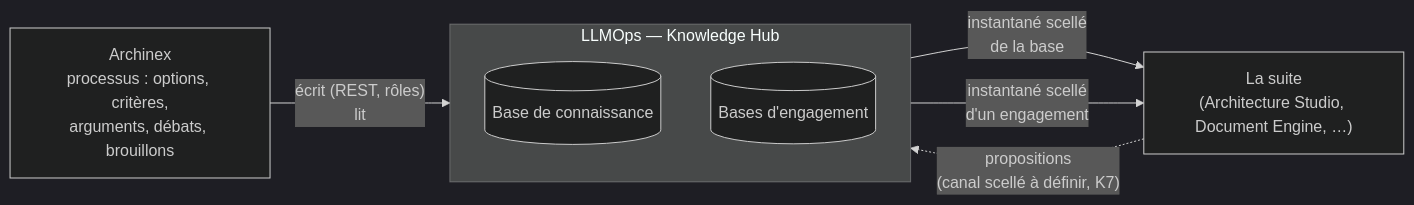
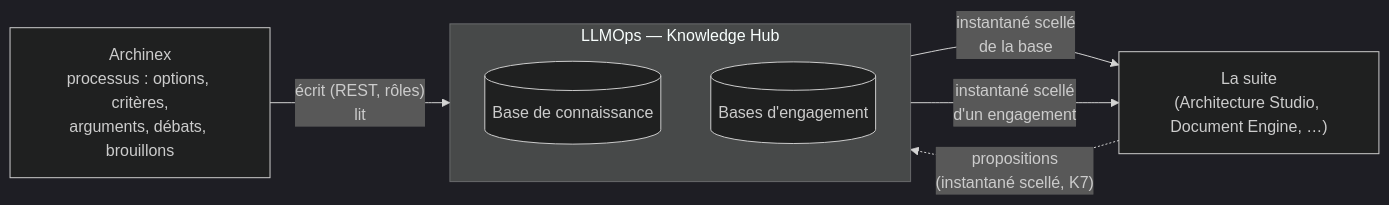
The fourth of 4 diagrams in docs/ARCHITECTURE-LLMOps.md (MauriceIsrael/LLMOps), drawn with Mermaid (dark theme) before and after one commit. The commit also changed other lines of this file and 21 other files, not shown here.

First line of the commit message:
feat(kb): contrat 1.33 — canal de propositions suite → Hub par instantané scellé (K7, closes #44)

````diff
--- a/docs/ARCHITECTURE-LLMOps.md
+++ b/docs/ARCHITECTURE-LLMOps.md
@@ -259,11 +259,11 @@
 ```mermaid
 flowchart LR
   ARX["Archinex\nprocessus : options, critères,\narguments, débats, brouillons"] -- "écrit (REST, rôles)\nlit" --> HUB
   subgraph HUB["LLMOps — Knowledge Hub"]
     KB[(Base de connaissance)]
     EN[(Bases d'engagement)]
   end
   HUB -- "instantané scellé\nde la base" --> S["La suite\n(Architecture Studio, Document Engine, …)"]
   HUB -- "instantané scellé\nd'un engagement" --> S
-  S -. "propositions\n(canal scellé à définir, K7)" .-> HUB
+  S -. "propositions\n(instantané scellé, K7)" .-> HUB
 ```
````
